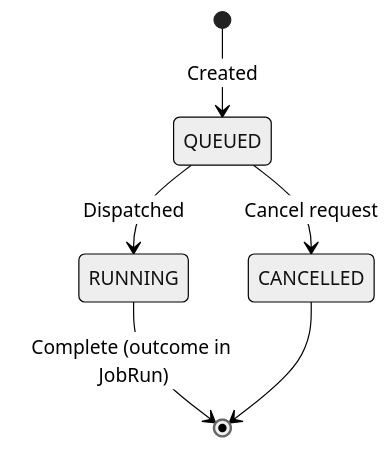
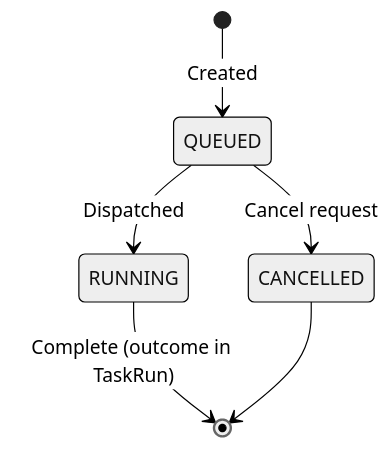
The fifth of 6 diagrams in docs/task-scheduler/EXECUTION_FLOW.md (VinylStage/horror-story-generator), drawn with Mermaid (neutral theme) before and after one commit. The commit also changed other lines of this file and 24 other files, not shown here.

````diff
--- a/docs/task-scheduler/EXECUTION_FLOW.md
+++ b/docs/task-scheduler/EXECUTION_FLOW.md
@@ -283,8 +283,8 @@
 ```mermaid
 stateDiagram-v2
     [*] --> QUEUED: Created
     QUEUED --> RUNNING: Dispatched
     QUEUED --> CANCELLED: Cancel request
-    RUNNING --> [*]: Complete (outcome in JobRun)
+    RUNNING --> [*]: Complete (outcome in TaskRun)
     CANCELLED --> [*]
 ```
````
